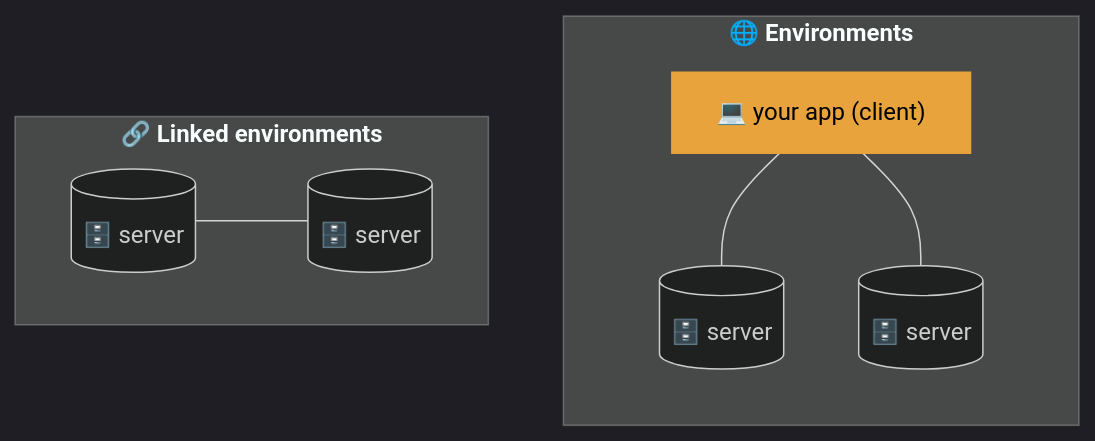
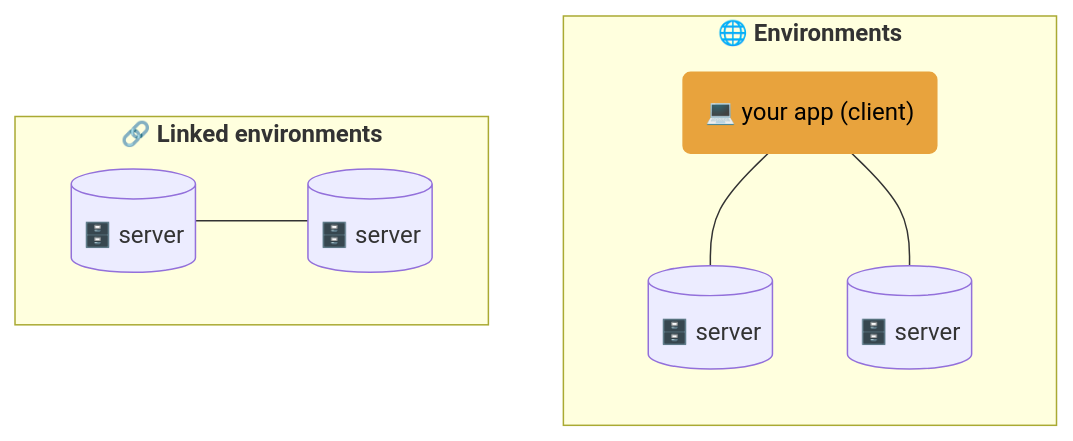
Diagram 12 of 13 in presentations/oh-my-harness/slides.md (sayjeyhi/talks), drawn with Mermaid before and after one commit. The commit also changed other lines of this file and 16 other files, not shown here.

````diff
--- a/presentations/oh-my-harness/slides.md
+++ b/presentations/oh-my-harness/slides.md
@@ -1762,17 +1646,16 @@
 ```mermaid
-%%{init: {"theme": "dark"}}%%
 flowchart TB
     subgraph env["<b>🌐 Environments</b>"]
         direction TB
-        app["💻 your app (client)"]
+        app("💻 your app (client)")
         app --- s1[("🗄️ server")]
         app --- s2[("🗄️ server")]
     end
     subgraph linked["<b>🔗 Linked environments</b>"]
         direction LR
         s3[("🗄️ server")] --- s4[("🗄️ server")]
     end
 
     classDef client fill:#e8a33d,color:#000,stroke:#e8a33d
     class app client
 ```
````
